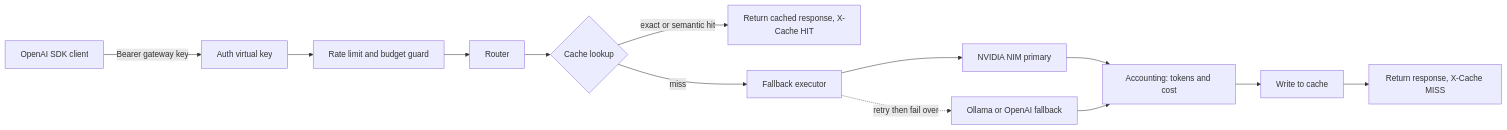
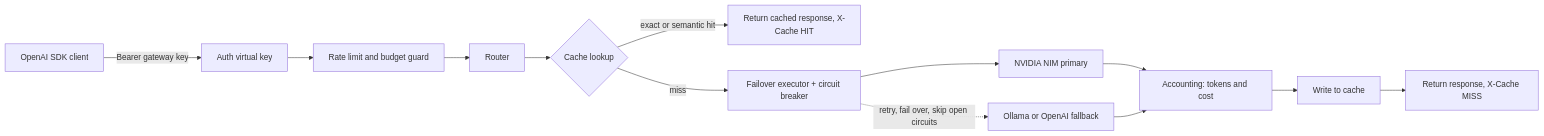
One commit to AleBrito124356/llm-gateway changed the first of 2 diagrams in README.md. Above: the diagram before and after it, drawn with Mermaid. The commit also changed other lines of this file and 3 other files, not shown here.

````diff
--- a/README.md
+++ b/README.md
@@ -41,15 +97,15 @@
 ```mermaid
 flowchart LR
     C[OpenAI SDK client] -->|Bearer gateway key| A[Auth virtual key]
     A --> RL[Rate limit and budget guard]
     RL --> R[Router]
     R --> CH{Cache lookup}
     CH -->|exact or semantic hit| HIT[Return cached response, X-Cache HIT]
-    CH -->|miss| FB[Fallback executor]
+    CH -->|miss| FB[Failover executor + circuit breaker]
     FB --> P1[NVIDIA NIM primary]
-    FB -. retry then fail over .-> P2[Ollama or OpenAI fallback]
+    FB -. retry, fail over, skip open circuits .-> P2[Ollama or OpenAI fallback]
     P1 --> ACC[Accounting: tokens and cost]
     P2 --> ACC
     ACC --> STORE[Write to cache]
     STORE --> OUT[Return response, X-Cache MISS]
 ```
````
